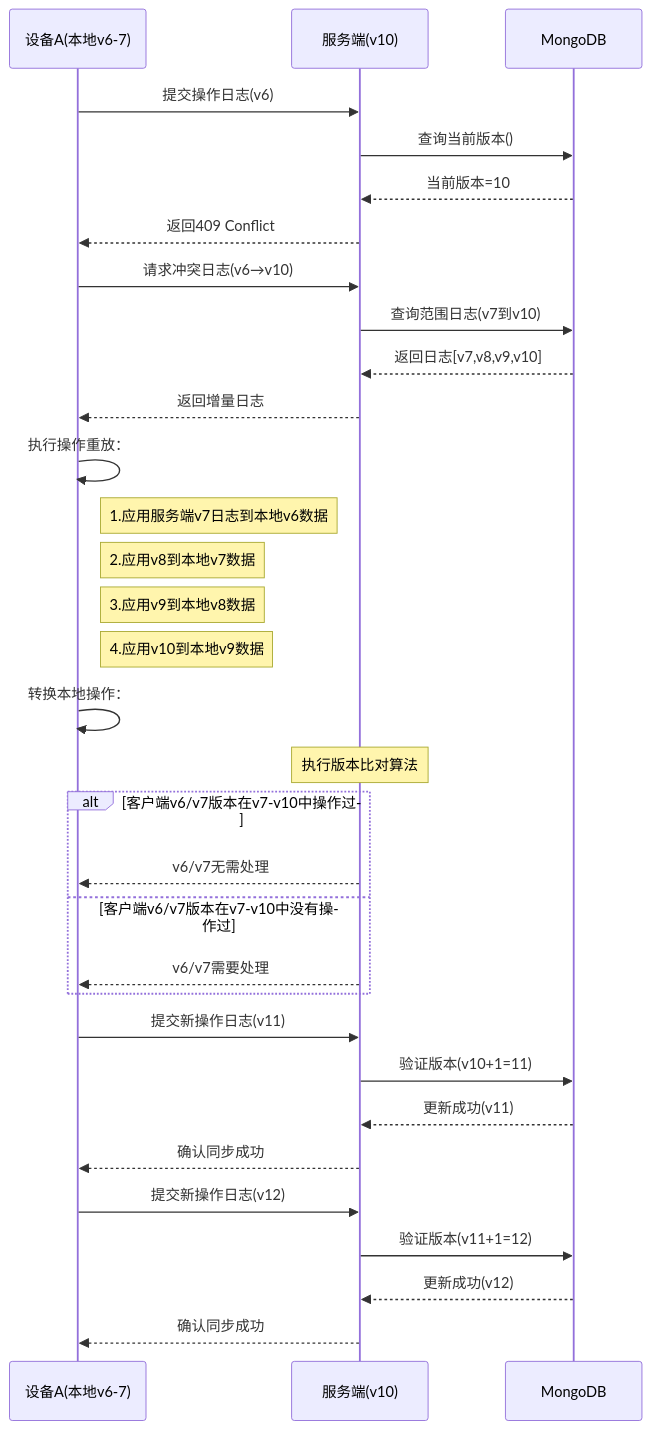
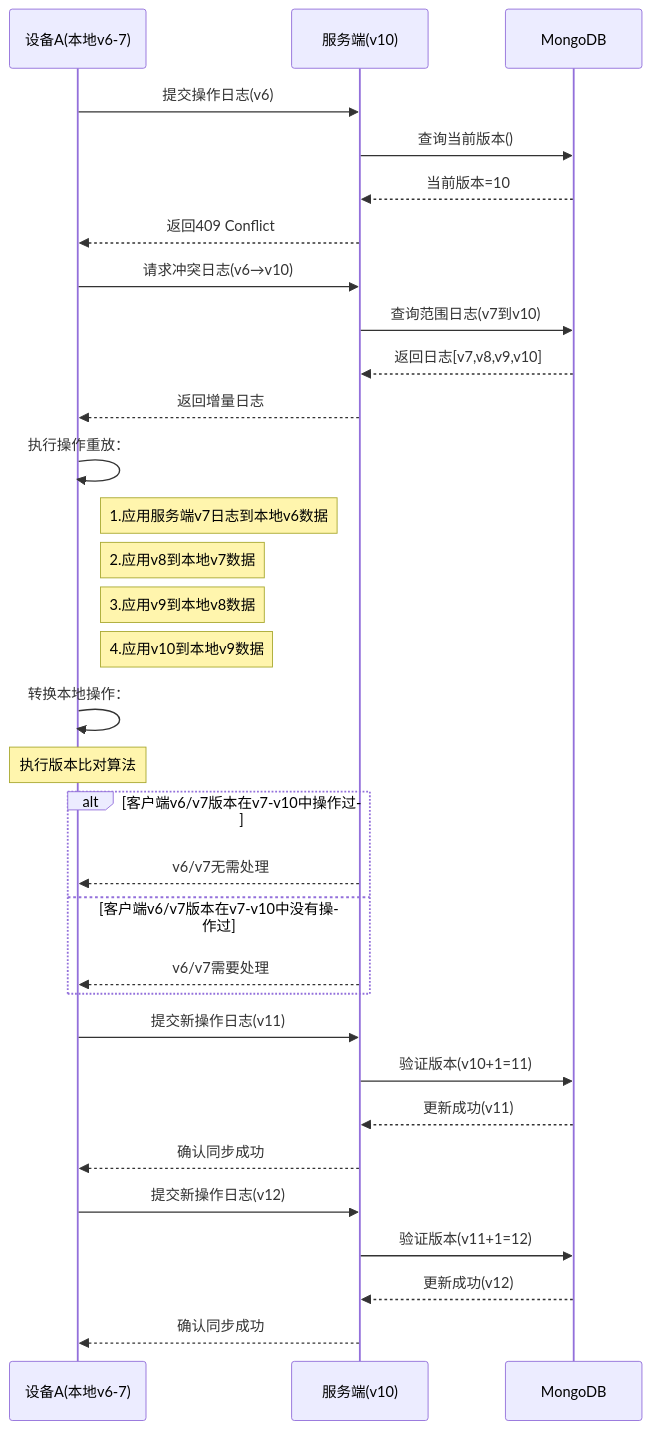
One commit to yingjianzh/iodraw-files changed the diagram in all/未命名-26.md. Above: the diagram before and after it, drawn with Mermaid.

Commit message:
2025-02-26 16:51:25 update

````diff
--- a/all/未命名-26.md
+++ b/all/未命名-26.md
@@ -1,48 +1,48 @@
 ```mermaid
 sequenceDiagram
     participant A as 设备A(本地v6-7)
     participant S as 服务端(v10)
     participant DB as MongoDB
 
     %% 初始同步尝试
     A->>S: 提交操作日志(v6)
     S->>DB: 查询当前版本()
     DB-->>S: 当前版本=10
     S-->>A: 返回409 Conflict
 
     %% 冲突解决阶段
     A->>S: 请求冲突日志(v6→v10)
     S->>DB: 查询范围日志(v7到v10)
     DB-->>S: 返回日志[v7,v8,v9,v10]
     S-->>A: 返回增量日志
 
 
     %% 本地数据重建
     A->>A: 执行操作重放：
     note right of A: 1.应用服务端v7日志到本地v6数据
     note right of A: 2.应用v8到本地v7数据
     note right of A: 3.应用v9到本地v8数据
     note right of A: 4.应用v10到本地v9数据
 
     %% 本地操作转换
     A->>A: 转换本地操作：
     
 
-    Note over S: 执行版本比对算法
+    Note over A: 执行版本比对算法
     alt 客户端v6/v7版本在v7-v10中操作过
         S-->>A: v6/v7无需处理
     else 客户端v6/v7版本在v7-v10中没有操作过
         S-->>A: v6/v7需要处理
     end
 
     %% 重新提交
     A->>S: 提交新操作日志(v11)
     S->>DB: 验证版本(v10+1=11)
     DB-->>S: 更新成功(v11)
     S-->>A: 确认同步成功
 
     A->>S: 提交新操作日志(v12)
     S->>DB: 验证版本(v11+1=12)
     DB-->>S: 更新成功(v12)
     S-->>A: 确认同步成功
 ```
````
